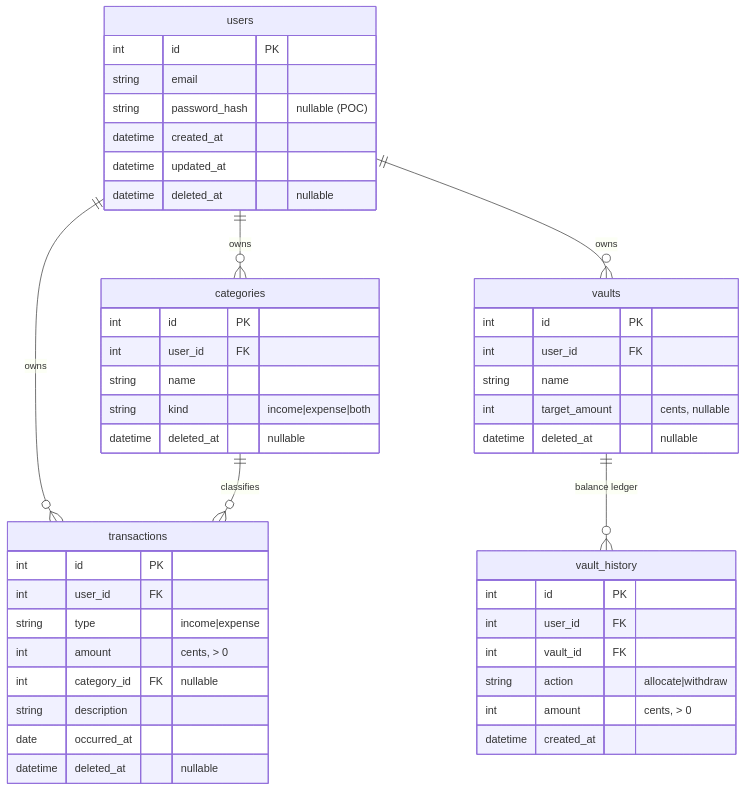
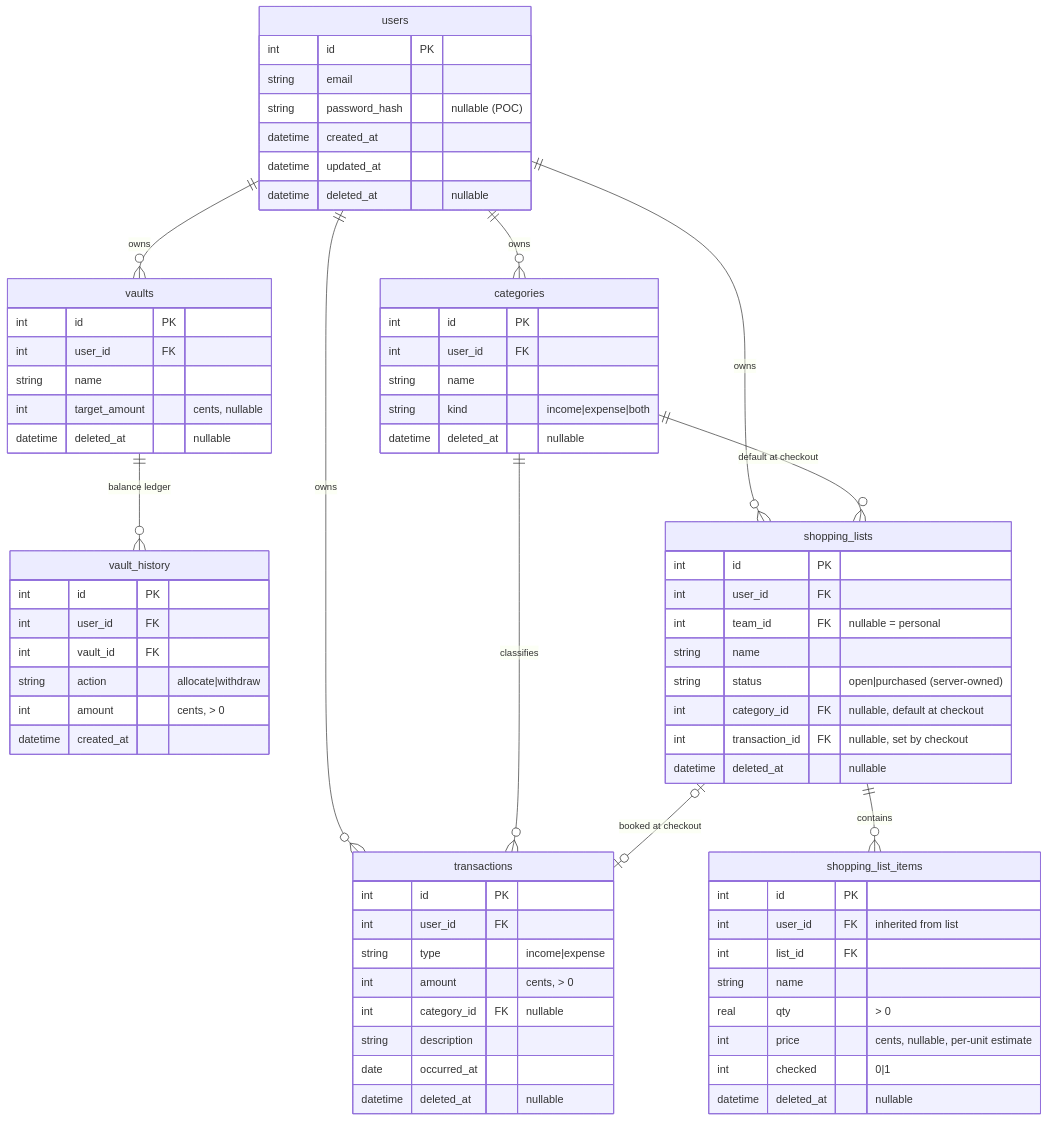
One commit to JayroGG/balance changed the first of 6 diagrams in ARCHITECTURE.md. Above: the diagram before and after it, drawn with Mermaid. The commit also changed other lines of this file and 5 other files, not shown here.

First line of the commit message:
docs: ADR-008 shopping lists + checkout; update PRD/ARCHITECTURE/CLAUDE/README

````diff
--- a/ARCHITECTURE.md
+++ b/ARCHITECTURE.md
@@ -7,49 +7,73 @@
 ```mermaid
 erDiagram
     users ||--o{ categories : owns
     users ||--o{ vaults : owns
     users ||--o{ transactions : owns
     categories ||--o{ transactions : classifies
     vaults ||--o{ vault_history : "balance ledger"
+    users ||--o{ shopping_lists : owns
+    shopping_lists ||--o{ shopping_list_items : contains
+    shopping_lists |o--o| transactions : "booked at checkout"
+    categories ||--o{ shopping_lists : "default at checkout"
 
     users {
         int id PK
         string email
         string password_hash "nullable (POC)"
         datetime created_at
         datetime updated_at
         datetime deleted_at "nullable"
     }
     categories {
         int id PK
         int user_id FK
         string name
         string kind "income|expense|both"
         datetime deleted_at "nullable"
     }
     vaults {
         int id PK
         int user_id FK
         string name
         int target_amount "cents, nullable"
         datetime deleted_at "nullable"
     }
     transactions {
         int id PK
         int user_id FK
         string type "income|expense"
         int amount "cents, > 0"
         int category_id FK "nullable"
         string description
         date occurred_at
         datetime deleted_at "nullable"
     }
     vault_history {
         int id PK
         int user_id FK
         int vault_id FK
         string action "allocate|withdraw"
         int amount "cents, > 0"
         datetime created_at
     }
+    shopping_lists {
+        int id PK
+        int user_id FK
+        int team_id FK "nullable = personal"
+        string name
+        string status "open|purchased (server-owned)"
+        int category_id FK "nullable, default at checkout"
+        int transaction_id FK "nullable, set by checkout"
+        datetime deleted_at "nullable"
+    }
+    shopping_list_items {
+        int id PK
+        int user_id FK "inherited from list"
+        int list_id FK
+        string name
+        real qty "> 0"
+        int price "cents, nullable, per-unit estimate"
+        int checked "0|1"
+        datetime deleted_at "nullable"
+    }
 ```
````
